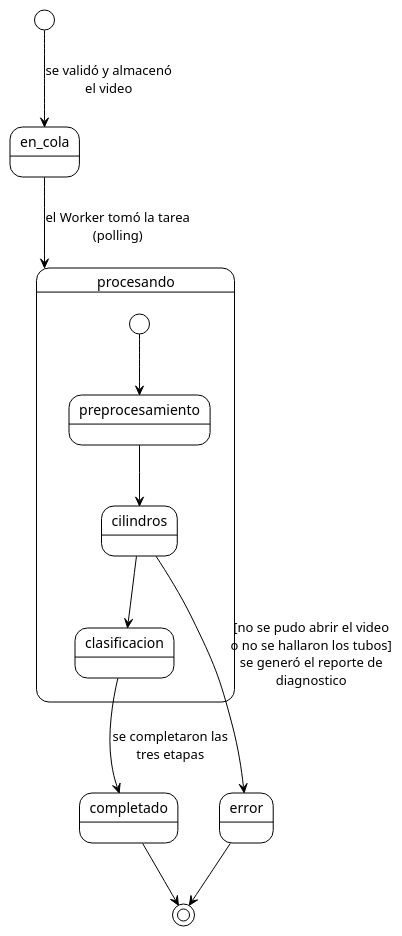
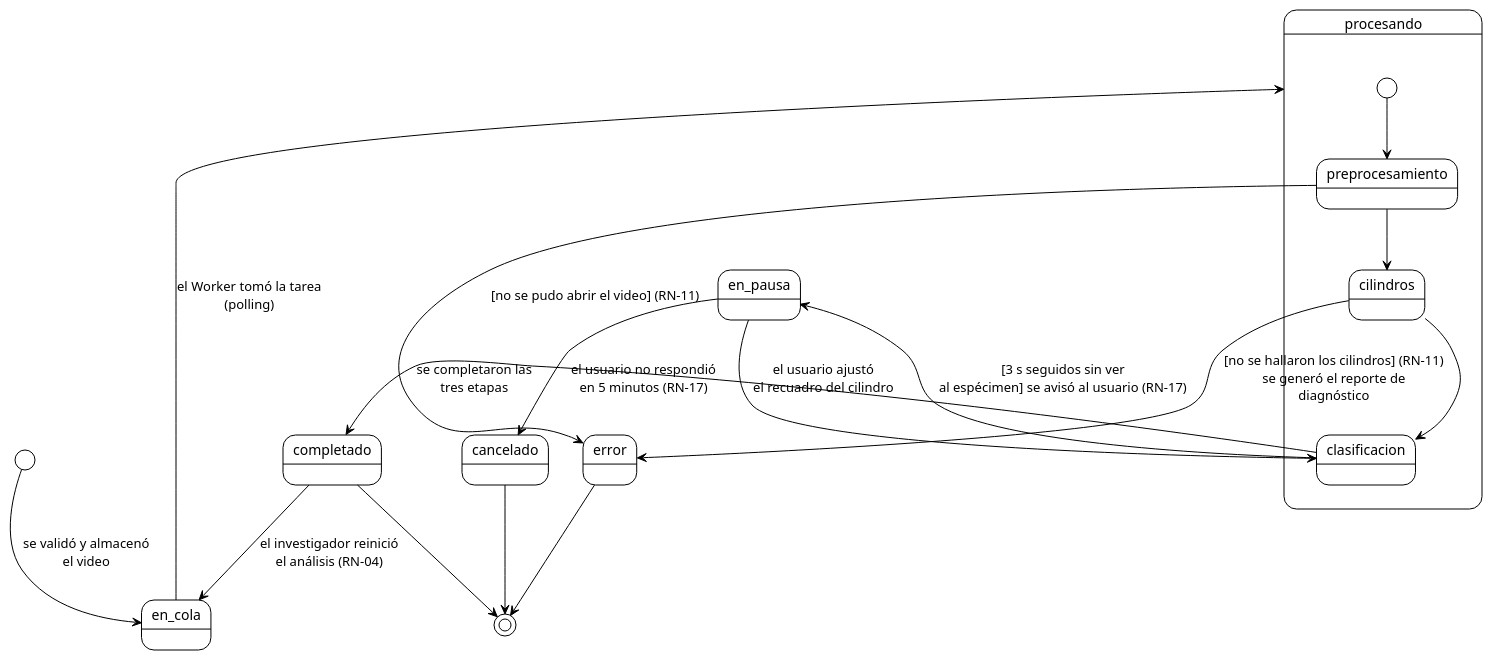
One commit to ErickJester/fst-ai-system-latex changed diagram 14 of 38 in INSTRUCCIONES-WEB.md. Above: the diagram before and after it, drawn with PlantUML. The commit also changed other lines of this file and 30 other files, not shown here.

````diff
--- a/INSTRUCCIONES-WEB.md
+++ b/INSTRUCCIONES-WEB.md
@@ -1559,18 +1622,24 @@
 ```plantuml
 @startuml estados_analisis
 !theme plain
 skinparam defaultFontName Arial
 skinparam shadowing false
 [*] --> en_cola : se validó y almacenó\nel video
 state procesando {
   [*] --> preprocesamiento
   preprocesamiento --> cilindros
   cilindros --> clasificacion
 }
 en_cola --> procesando : el Worker tomó la tarea\n(polling)
-cilindros --> error : [no se pudo abrir el video\no no se hallaron los tubos]\nse generó el reporte de\ndiagnostico
+preprocesamiento --> error : [no se pudo abrir el video] (RN-11)
+cilindros --> error : [no se hallaron los cilindros] (RN-11)\nse generó el reporte de\ndiagnóstico
 clasificacion --> completado : se completaron las\ntres etapas
+clasificacion --> en_pausa : [3 s seguidos sin ver\nal espécimen] se avisó al usuario (RN-17)
+en_pausa --> clasificacion : el usuario ajustó\nel recuadro del cilindro
+en_pausa --> cancelado : el usuario no respondió\nen 5 minutos (RN-17)
+completado --> en_cola : el investigador reinició\nel análisis (RN-04)
 completado --> [*]
 error --> [*]
+cancelado --> [*]
 @enduml
 ```
````
